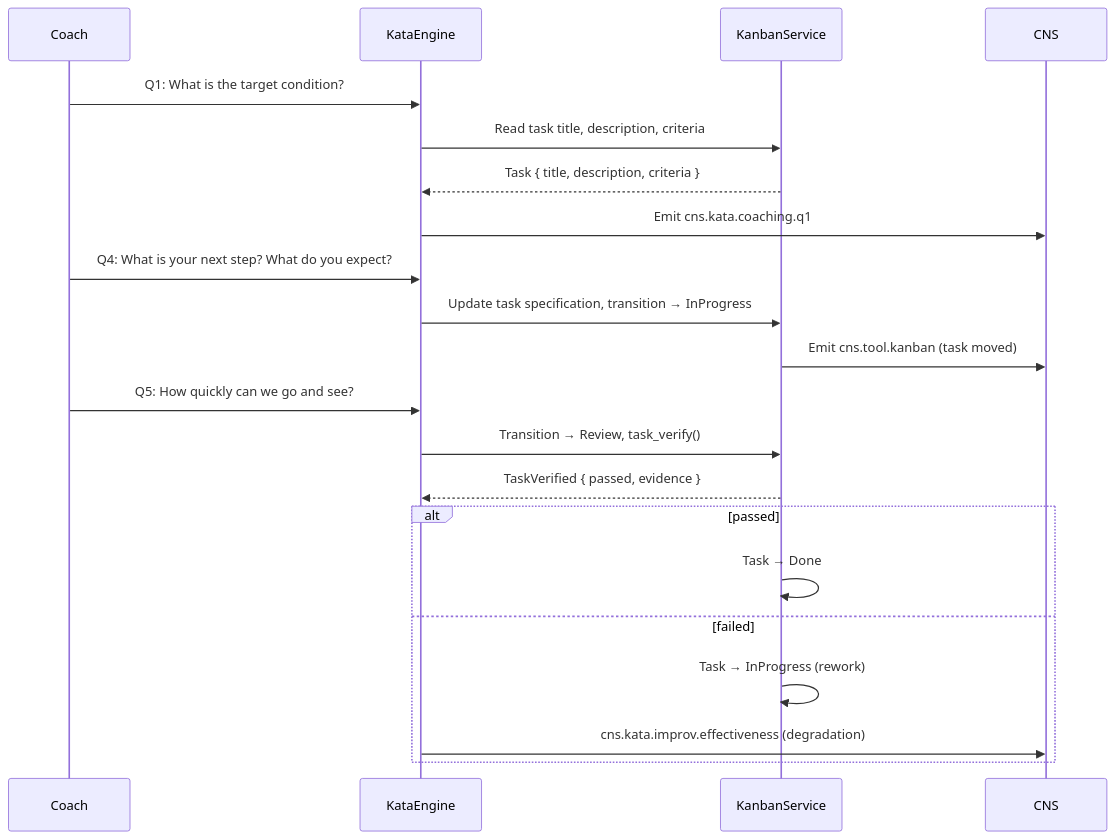
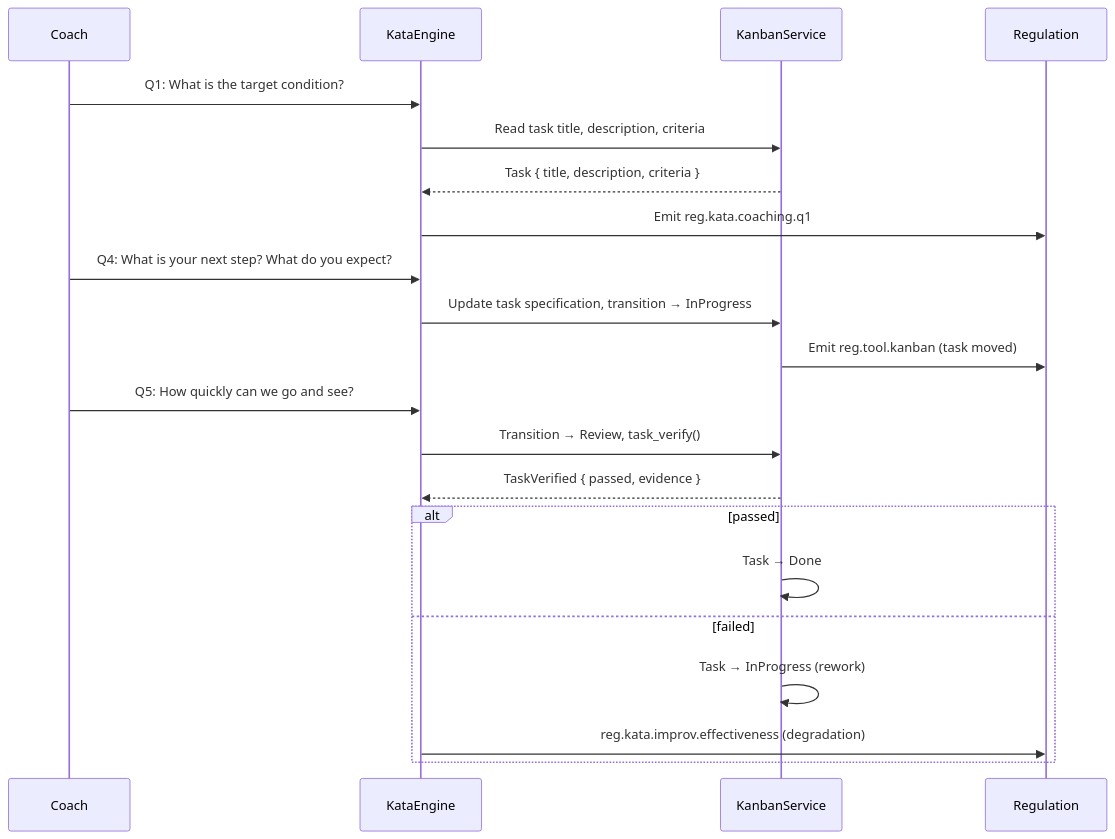
Before and after one commit to mdz-axo/hKask: the fourth of 24 diagrams in docs/architecture/core/hKask-architecture-master.md, drawn with Mermaid. The commit also changed other lines of this file and 68 other files, not shown here.

First line of the commit message:
Rename CNS to Regulation across docs

````diff
--- a/docs/architecture/core/hKask-architecture-master.md
+++ b/docs/architecture/core/hKask-architecture-master.md
@@ -1090,27 +1090,27 @@
 ```mermaid
 sequenceDiagram
     participant Coach
     participant KataEngine
     participant KanbanService
-    participant CNS
+    participant Regulation
 
     Coach->>KataEngine: Q1: What is the target condition?
     KataEngine->>KanbanService: Read task title, description, criteria
     KanbanService-->>KataEngine: Task { title, description, criteria }
-    KataEngine->>CNS: Emit cns.kata.coaching.q1
+    KataEngine->>Regulation: Emit reg.kata.coaching.q1
 
     Coach->>KataEngine: Q4: What is your next step? What do you expect?
     KataEngine->>KanbanService: Update task specification, transition → InProgress
-    KanbanService->>CNS: Emit cns.tool.kanban (task moved)
+    KanbanService->>Regulation: Emit reg.tool.kanban (task moved)
 
     Coach->>KataEngine: Q5: How quickly can we go and see?
     KataEngine->>KanbanService: Transition → Review, task_verify()
     KanbanService-->>KataEngine: TaskVerified { passed, evidence }
 
     alt passed
         KanbanService->>KanbanService: Task → Done
     else failed
         KanbanService->>KanbanService: Task → InProgress (rework)
-        KataEngine->>CNS: cns.kata.improv.effectiveness (degradation)
+        KataEngine->>Regulation: reg.kata.improv.effectiveness (degradation)
     end
 ```
````
